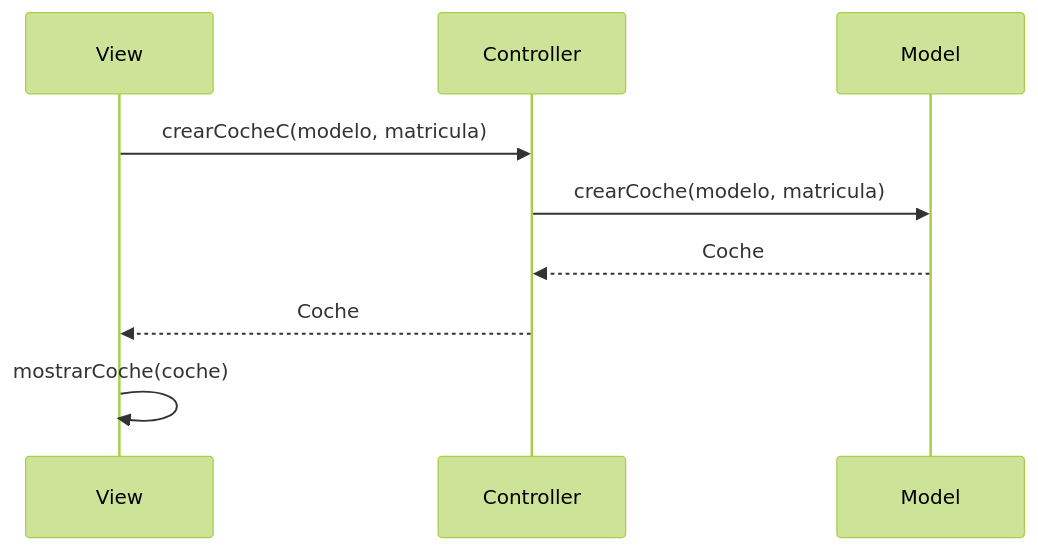
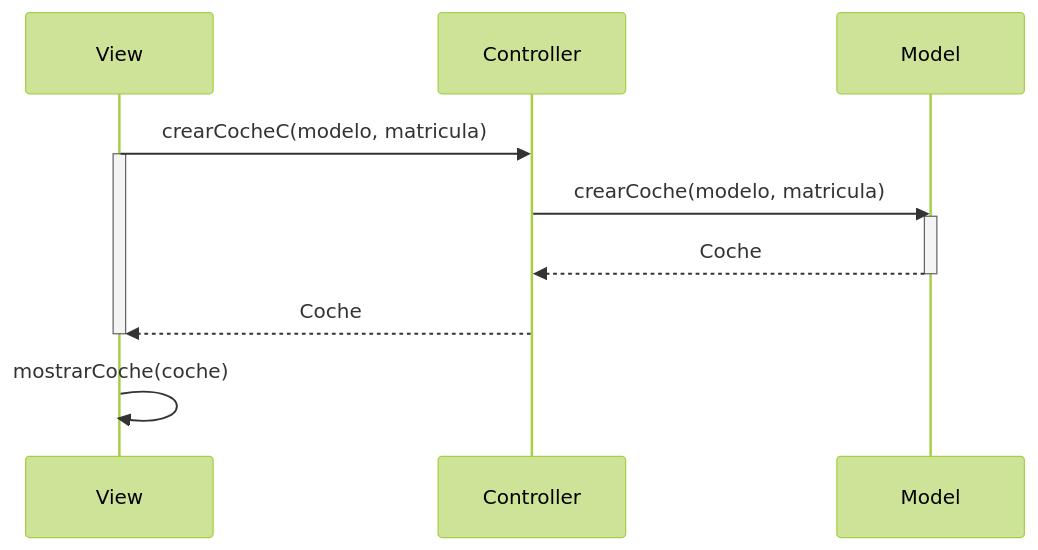
One commit to DanielRTato/Cod changed the first of 2 diagrams in Diagramas.md. Above: the diagram before and after it, drawn with Mermaid (forest theme). The commit also changed other lines of this file, not shown here.

Commit message:
Crear diagramas de secuencia terminado

`````diff
--- a/Diagramas.md
+++ b/Diagramas.md
@@ -1,11 +1,15 @@
 ````mermaid
 sequenceDiagram
     participant View
     participant Controller
     participant Model
     View->>Controller: crearCocheC(modelo, matricula)
+    Activate View 
     Controller->>Model: crearCoche(modelo, matricula)
+    activate Model
     Model-->>Controller: Coche
+    deactivate Model
     Controller-->>View: Coche
+    Deactivate View
     View->>View: mostrarCoche(coche)
 ````
`````
